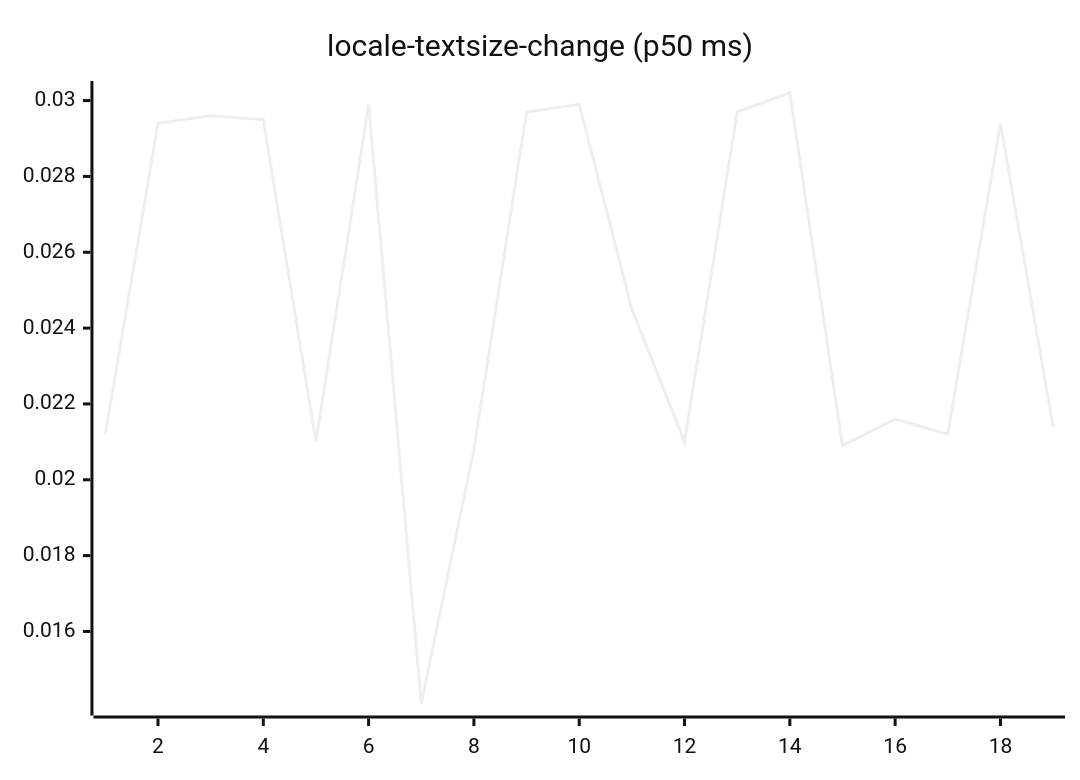
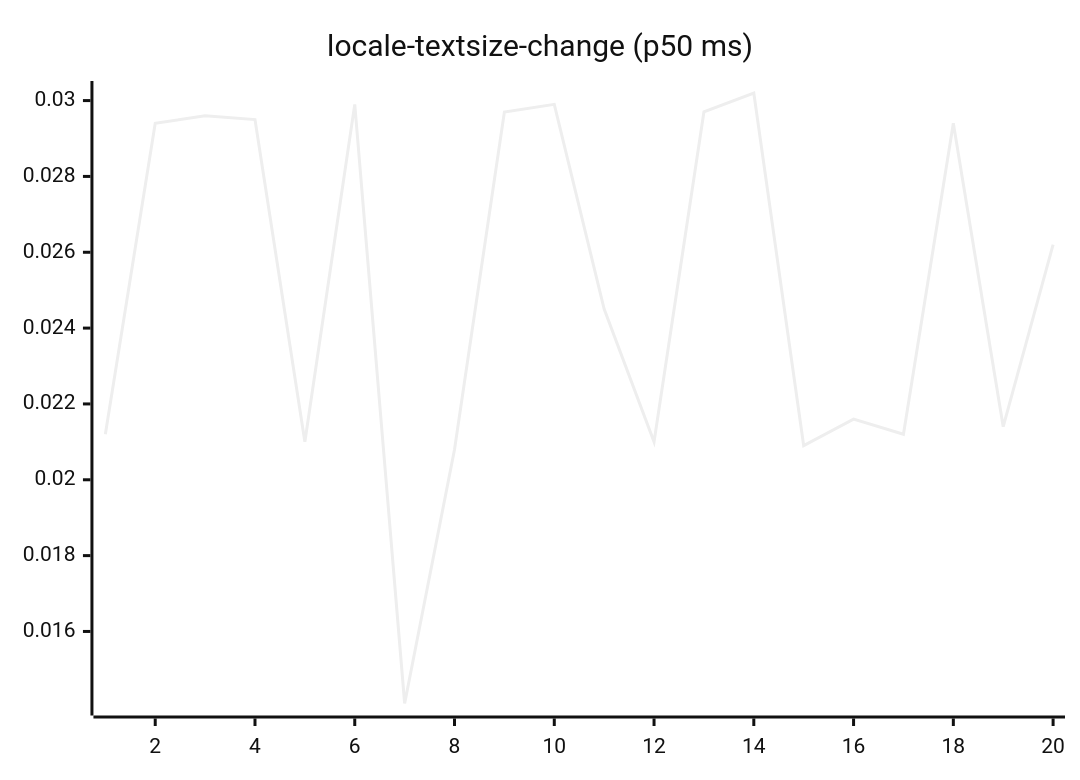
Diagram 13 of 27 in README.md (josha/Facet), drawn with Mermaid (neutral theme) before and after one commit. The commit also changed other lines of this file and 2 other files, not shown here.

````diff
--- a/README.md
+++ b/README.md
@@ -147,6 +147,6 @@
 ```mermaid
 xychart-beta
     title "locale-textsize-change (p50 ms)"
-    x-axis 1 --> 19
-    line [0.0212, 0.0294, 0.0296, 0.0295, 0.0210, 0.0299, 0.0141, 0.0208, 0.0297, 0.0299, 0.0245, 0.0210, 0.0297, 0.0302, 0.0209, 0.0216, 0.0212, 0.0294, 0.0214]
+    x-axis 1 --> 20
+    line [0.0212, 0.0294, 0.0296, 0.0295, 0.0210, 0.0299, 0.0141, 0.0208, 0.0297, 0.0299, 0.0245, 0.0210, 0.0297, 0.0302, 0.0209, 0.0216, 0.0212, 0.0294, 0.0214, 0.0262]
 ```
````
